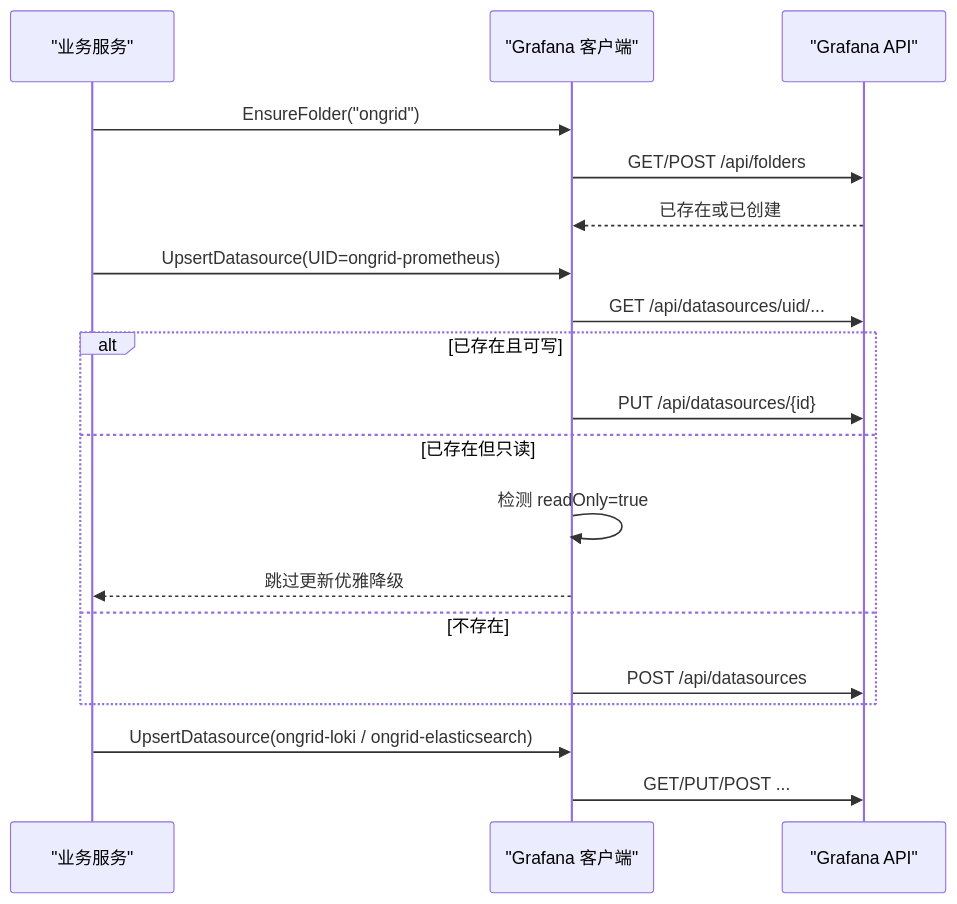
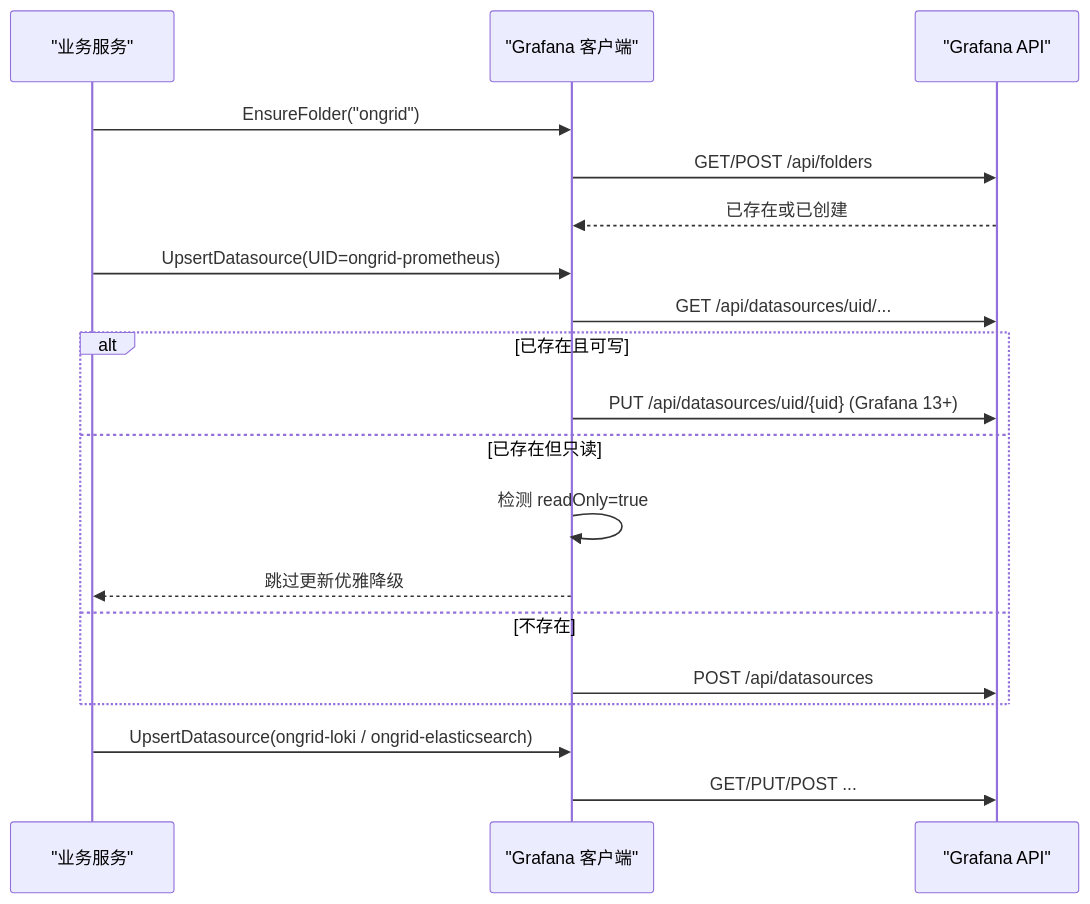
The fourth of 7 diagrams in .qoder/repowiki/zh/content/前端应用/核心页面功能/设置页面/集成配置/Grafana 集成.md (xied1133-oss/ongrid), drawn with Mermaid before and after one commit. The commit also changed other lines of this file and 554 other files, not shown here.

````diff
--- a/.qoder/repowiki/zh/content/前端应用/核心页面功能/设置页面/集成配置/Grafana 集成.md
+++ b/.qoder/repowiki/zh/content/前端应用/核心页面功能/设置页面/集成配置/Grafana 集成.md
@@ -201,21 +204,21 @@
 ```mermaid
 sequenceDiagram
 participant S as "业务服务"
 participant C as "Grafana 客户端"
 participant G as "Grafana API"
 S->>C : EnsureFolder("ongrid")
 C->>G : GET/POST /api/folders
 G-->>C : 已存在或已创建
 S->>C : UpsertDatasource(UID=ongrid-prometheus)
 C->>G : GET /api/datasources/uid/...
 alt 已存在且可写
-C->>G : PUT /api/datasources/{id}
+C->>G : PUT /api/datasources/uid/{uid} (Grafana 13+)
 else 已存在但只读
 C->>C : 检测 readOnly=true
 C-->>S : 跳过更新优雅降级
 else 不存在
 C->>G : POST /api/datasources
 end
 S->>C : UpsertDatasource(ongrid-loki / ongrid-elasticsearch)
 C->>G : GET/PUT/POST ...
 ```
````
